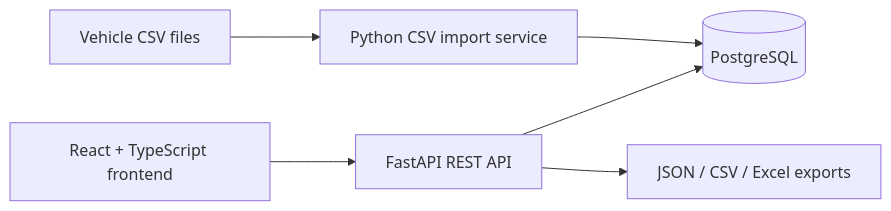
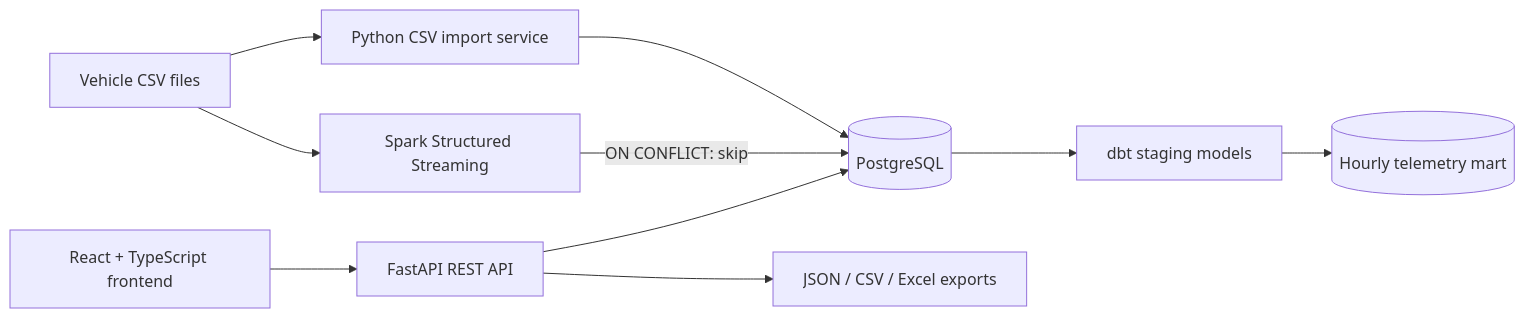
One commit to MDSYN2019/volteras_test changed the diagram in README.md. Above: the diagram before and after it, drawn with Mermaid. The commit also changed other lines of this file and 13 other files, not shown here.

Commit message:
Add dbt analytics and Spark streaming templates

````diff
--- a/README.md
+++ b/README.md
@@ -19,10 +21,14 @@
 ```mermaid
 flowchart LR
     CSV[Vehicle CSV files] --> Loader[Python CSV import service]
+    CSV --> Spark[Spark Structured Streaming]
     Loader --> DB[(PostgreSQL)]
+    Spark -->|ON CONFLICT: skip| DB
 
     UI[React + TypeScript frontend] --> API[FastAPI REST API]
     API --> DB
 
     API --> Export[JSON / CSV / Excel exports]
+    DB --> dbt[dbt staging models]
+    dbt --> Mart[(Hourly telemetry mart)]
 ```
````
